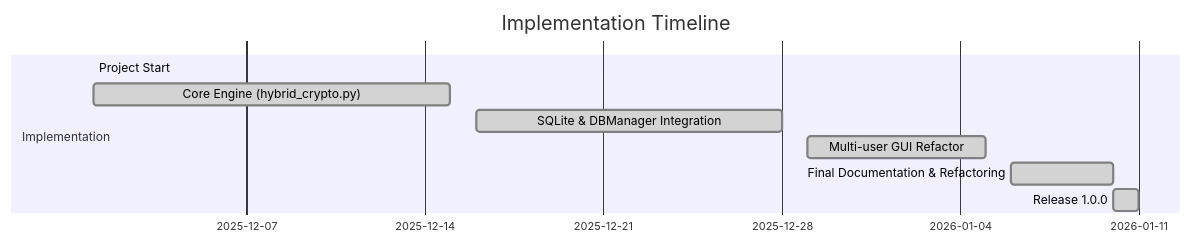
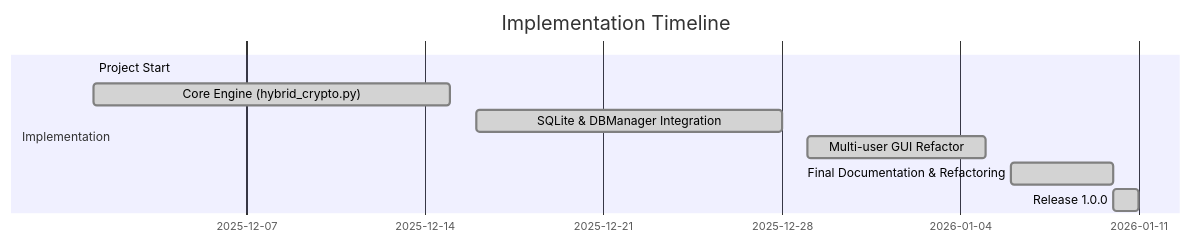
The diagram in IMPLEMENTATION_SUMMARY.md (Layba-khan01/Hybrid-Cryptography-System), drawn with Mermaid before and after one commit. The commit also changed 1 other file, not shown here.

Commit message:
gantt chart modification

````diff
--- a/IMPLEMENTATION_SUMMARY.md
+++ b/IMPLEMENTATION_SUMMARY.md
@@ -15,13 +15,13 @@
 ```mermaid
-%%{init: {'themeVariables': { 'primaryTextColor': '#000000', 'secondaryTextColor': '#000000', 'tertiaryTextColor': '#000000', 'taskTextColor': '#000000', 'taskTextLightColor': '#000000', 'textColor': '#000000', 'fontColor': '#000000' }}}%%
+%%{init: {'themeVariables': { 'primaryColor': '#333', 'primaryBorderColor': '#333', 'primaryTextColor': '#000000', 'secondaryTextColor': '#000000', 'tertiaryTextColor': '#000000', 'taskTextColor': '#ffffff', 'taskTextLightColor': '#ffffff', 'cScale0': '#333', 'cScale1': '#555' }}}%%
 gantt
   title Implementation Timeline
   dateFormat  YYYY-MM-DD
   section Implementation
   Project Start                          :done, start, 2025-12-01, 2025-12-01
   Core Engine (hybrid_crypto.py)         :done, core, 2025-12-01, 2025-12-15
   SQLite & DBManager Integration         :done, db, 2025-12-16, 2025-12-28
   Multi-user GUI Refactor                :done, gui, 2025-12-29, 2026-01-05
   Final Documentation & Refactoring      :done, docs, 2026-01-06, 2026-01-10
   Release 1.0.0                           :done, v1, 2026-01-10, 1d
 ```
````
